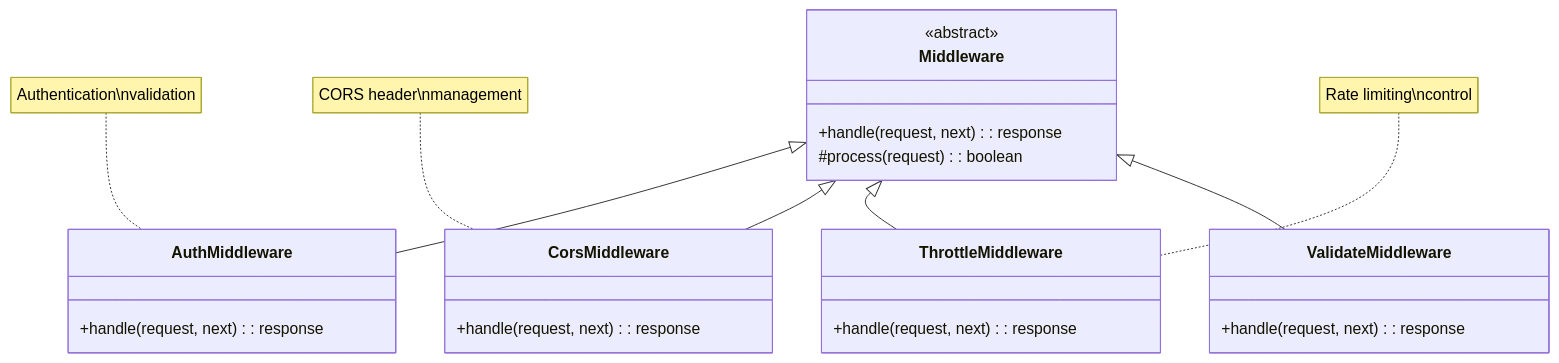
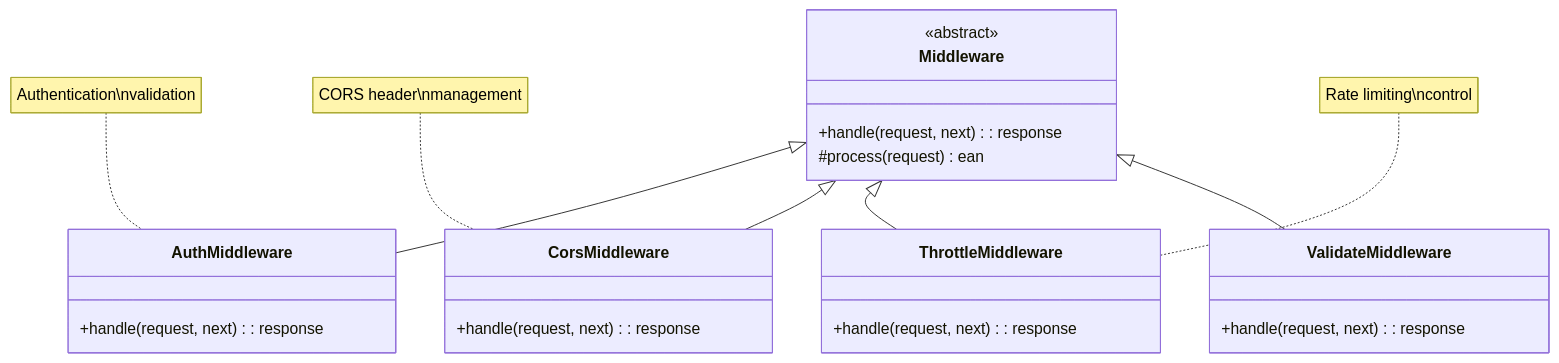
One commit to fanly/DesignPattern changed the third of 4 diagrams in resources/design-patterns/laravel/behavioral/chain_of_responsibility_en.md. Above: the diagram before and after it, drawn with Mermaid. The commit also changed other lines of this file and 103 other files, not shown here.

````diff
--- a/resources/design-patterns/laravel/behavioral/chain_of_responsibility_en.md
+++ b/resources/design-patterns/laravel/behavioral/chain_of_responsibility_en.md
@@ -79,33 +79,33 @@
 ```mermaid
 classDiagram
     class Middleware {
         <<abstract>>
         +handle(request, next): response
-        #process(request): boolean
+        #process(request)ean
     }
     
     class AuthMiddleware {
         +handle(request, next): response
     }
     
     class CorsMiddleware {
         +handle(request, next): response
     }
     
     class ThrottleMiddleware {
         +handle(request, next): response
     }
     
     class ValidateMiddleware {
         +handle(request, next): response
     }
     
     Middleware <|-- AuthMiddleware
     Middleware <|-- CorsMiddleware
     Middleware <|-- ThrottleMiddleware
     Middleware <|-- ValidateMiddleware
     
     note for AuthMiddleware "Authentication\nvalidation"
     note for CorsMiddleware "CORS header\nmanagement"
     note for ThrottleMiddleware "Rate limiting\ncontrol"
 ```
````
